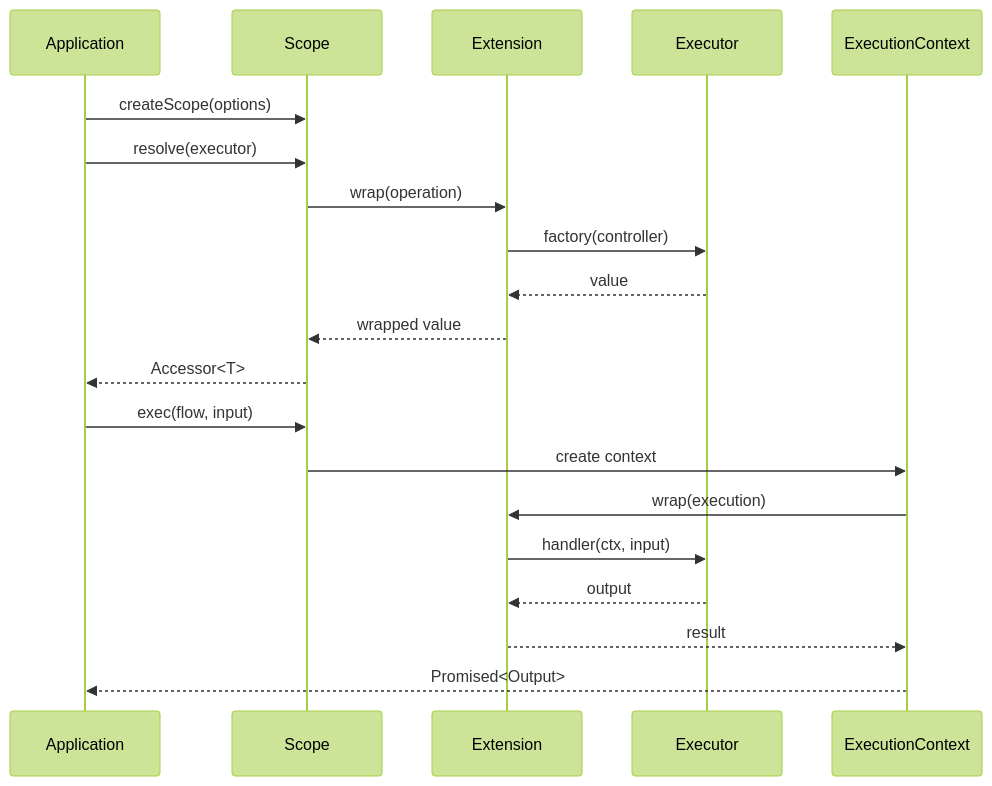
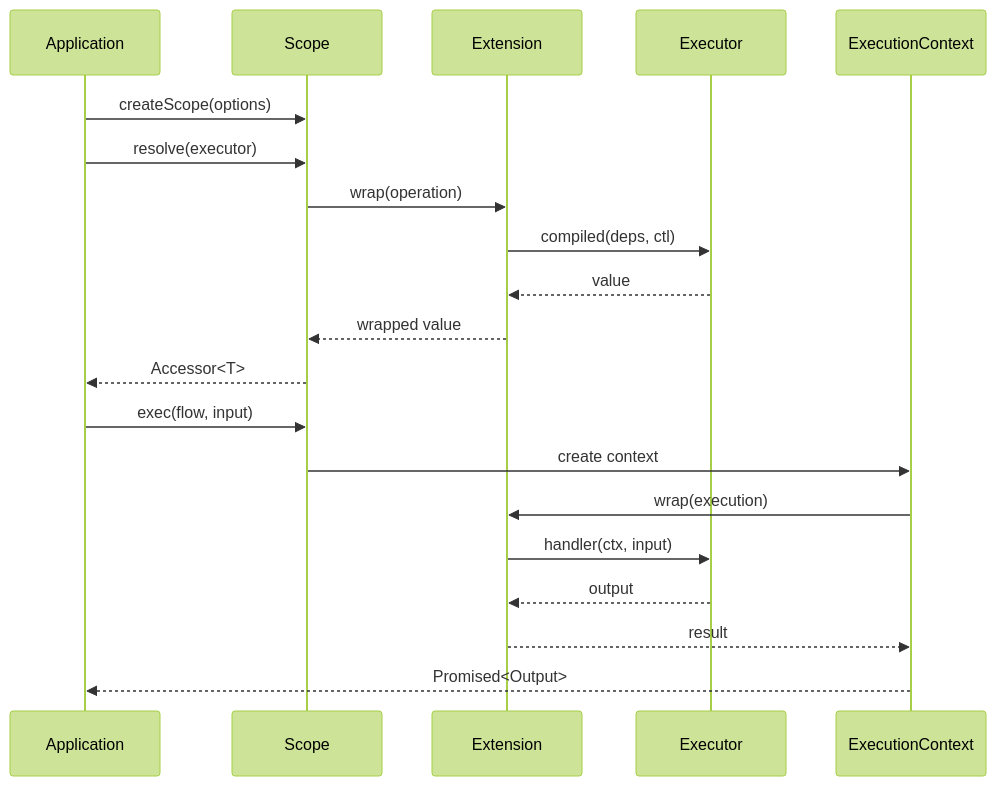
The third of 3 diagrams in .c3/c3-1-core/README.md (pumped-fn/pumped-fn), drawn with Mermaid (forest theme) before and after one commit. The commit also changed other lines of this file and 5 other files, not shown here.

````diff
--- a/.c3/c3-1-core/README.md
+++ b/.c3/c3-1-core/README.md
@@ -80,24 +102,24 @@
 ```mermaid
 sequenceDiagram
     participant App as Application
     participant Scope as Scope
     participant Ext as Extension
     participant Exec as Executor
     participant Ctx as ExecutionContext
 
     App->>Scope: createScope(options)
     App->>Scope: resolve(executor)
     Scope->>Ext: wrap(operation)
-    Ext->>Exec: factory(controller)
+    Ext->>Exec: compiled(deps, ctl)
     Exec-->>Ext: value
     Ext-->>Scope: wrapped value
     Scope-->>App: Accessor<T>
 
     App->>Scope: exec(flow, input)
     Scope->>Ctx: create context
     Ctx->>Ext: wrap(execution)
     Ext->>Exec: handler(ctx, input)
     Exec-->>Ext: output
     Ext-->>Ctx: result
     Ctx-->>App: Promised<Output>
 ```
````
